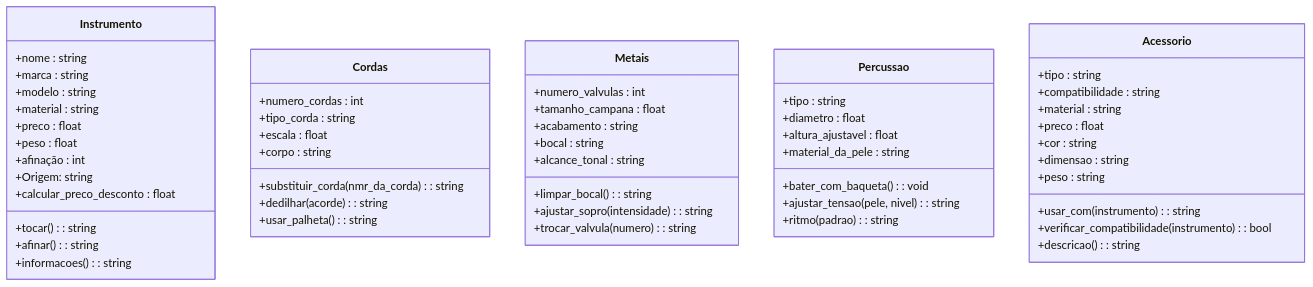
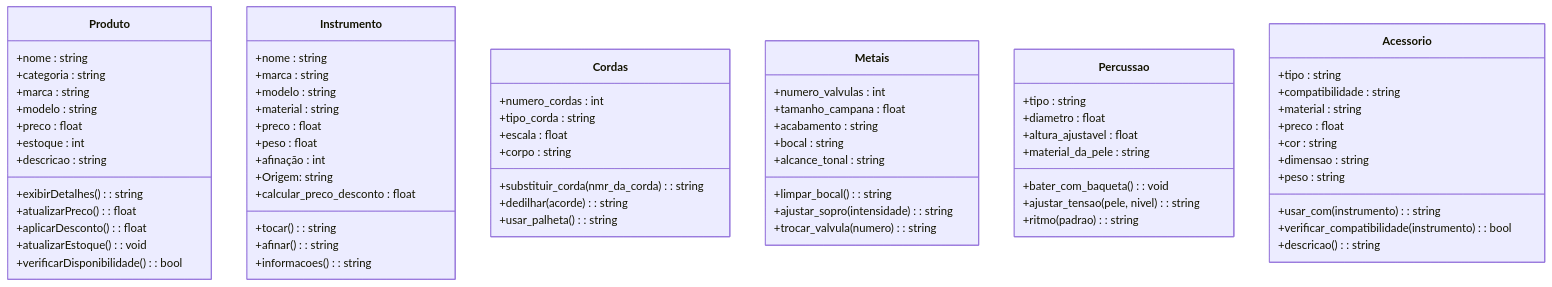
Before and after one commit to JoaoVitorCaetano/PooJavaCeub-Grupo8: the diagram in Instrumento.md, drawn with Mermaid.

Commit message:
criar classe Produto
criando classe de produtos com seus atributos e métodos.

````diff
--- a/Instrumento.md
+++ b/Instrumento.md
@@ -1,5 +1,22 @@
 ```mermaid
   classDiagram
+
+  class Produto{
+    +nome : string
+    +categoria : string
+    +marca : string
+    +modelo : string
+    +preco : float
+    +estoque : int
+    +descricao : string
+
+    +exibirDetalhes() : string
+    +atualizarPreco(): float
+    +aplicarDesconto() : float
+    +atualizarEstoque() : void
+    +verificarDisponibilidade() : bool
+  }
+   
 
   class Instrumento{
     +nome : string
@@ -65,4 +82,5 @@
     +descricao() : string
   }
 
+
 ```
````
